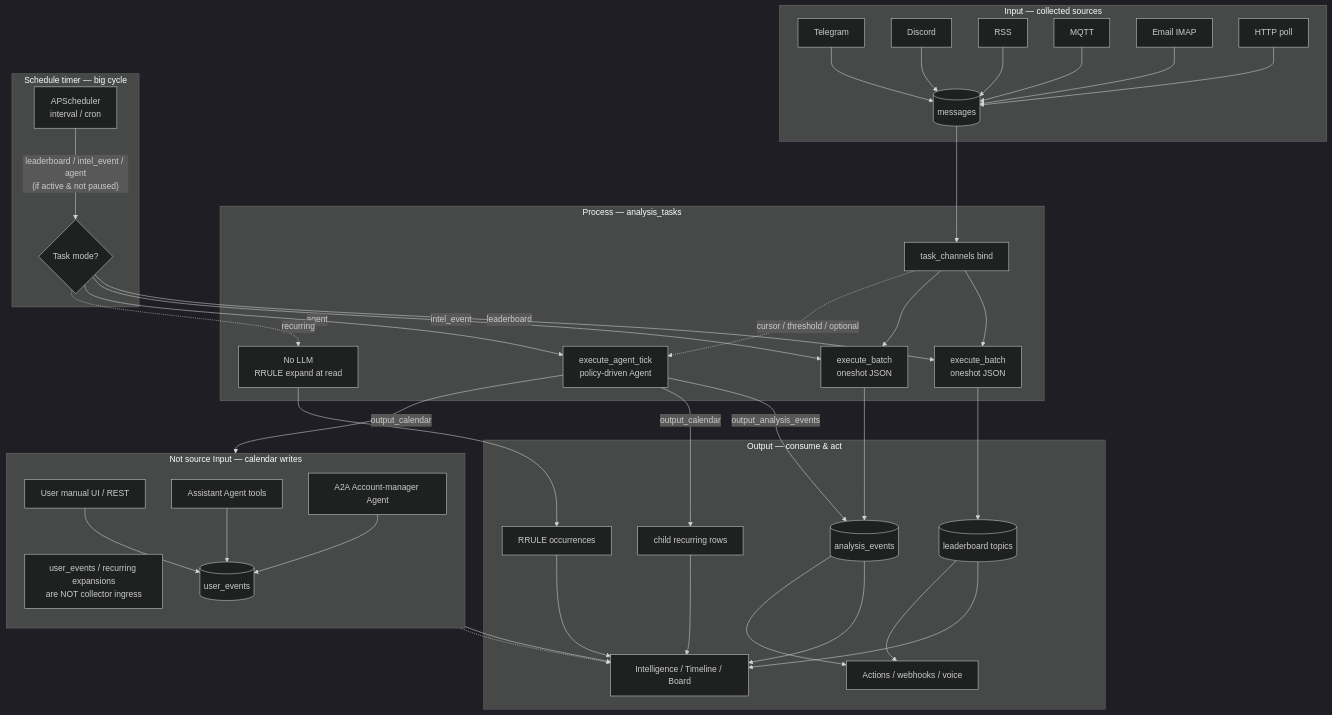
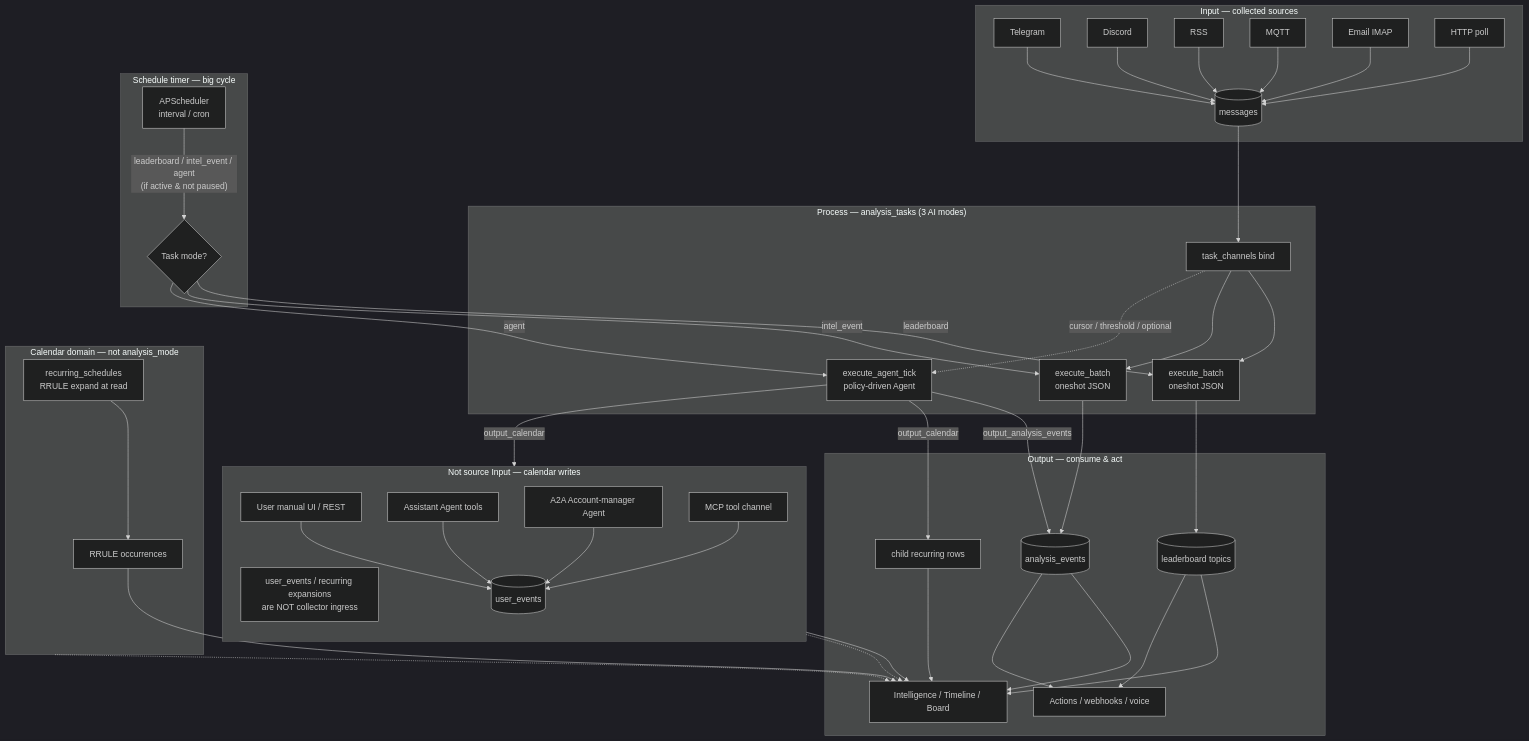
One commit to Wing9897/im changed the first of 4 diagrams in docs/diagrams/README.md. Above: the diagram before and after it, drawn with Mermaid (dark theme). The commit also changed other lines of this file and 709 other files, not shown here.

First line of the commit message:
chore: stamp 33 收斂 schema SoT、OpenAPI 型別與技術債

````diff
--- a/docs/diagrams/README.md
+++ b/docs/diagrams/README.md
@@ -9,51 +11,56 @@
 ```mermaid
 flowchart TB
   subgraph INPUT["Input — collected sources"]
     TG[Telegram]
     DC[Discord]
     RSS[RSS]
     MQTT[MQTT]
     EM[Email IMAP]
     HTTP[HTTP poll]
     TG & DC & RSS & MQTT & EM & HTTP --> MSG[(messages)]
   end
 
   subgraph SIDE["Not source Input — calendar writes"]
     direction TB
     NOTE["user_events / recurring expansions<br/>are NOT collector ingress"]
     MAN[User manual UI / REST]
     AST[Assistant Agent tools]
     A2A[A2A Account-manager Agent]
-    MAN & AST & A2A --> UE[(user_events)]
+    MCP[MCP tool channel]
+    MAN & AST & A2A & MCP --> UE[(user_events)]
   end
 
   subgraph TIMER["Schedule timer — big cycle"]
     AP[APScheduler<br/>interval / cron]
     AP -->|"leaderboard / intel_event / agent<br/>(if active & not paused)"| DISPATCH
   end
 
-  subgraph PROCESS["Process — analysis_tasks"]
+  subgraph PROCESS["Process — analysis_tasks (3 AI modes)"]
     DISPATCH{Task mode?}
     DISPATCH -->|leaderboard| LB[execute_batch<br/>oneshot JSON]
     DISPATCH -->|intel_event| EV[execute_batch<br/>oneshot JSON]
     DISPATCH -->|agent| AG[execute_agent_tick<br/>policy-driven Agent]
-    DISPATCH -.->|recurring| RC[No LLM<br/>RRULE expand at read]
     MSG --> TC[task_channels bind]
     TC --> LB & EV
     TC -.->|"cursor / threshold / optional"| AG
+  end
+
+  subgraph CAL["Calendar domain — not analysis_mode"]
+    RC[recurring_schedules<br/>RRULE expand at read]
+    RC --> OCC[RRULE occurrences]
   end
 
   subgraph OUTPUT["Output — consume & act"]
     LB --> TOP[(leaderboard topics)]
     EV --> AE[(analysis_events)]
     AG -->|"output_analysis_events"| AE
     AG -->|"output_calendar"| UE
     AG -->|"output_calendar"| CHILD[child recurring rows]
-    RC --> OCC[RRULE occurrences]
     TOP & AE --> UI[Intelligence / Timeline / Board]
     UE & OCC & CHILD --> UI
     AE & TOP --> ACT[Actions / webhooks / voice]
   end
 
   SIDE -.-> UI
+  CAL -.-> UI
 ```
````
